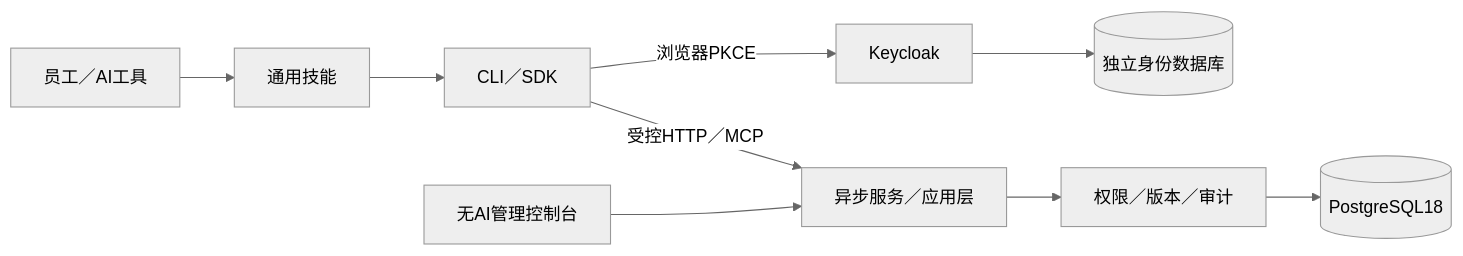
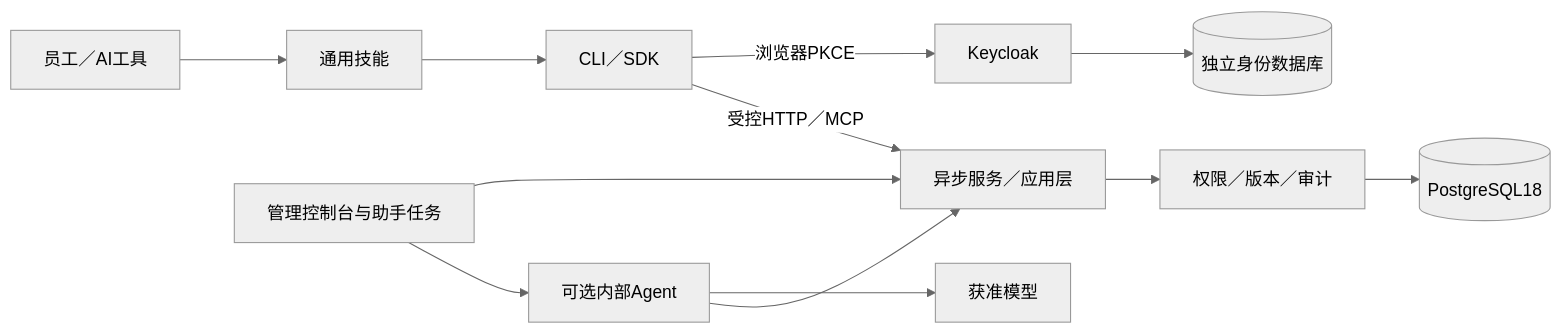
One commit to guyue55/ai-office-example changed the diagram in docs/ARCHITECTURE.md. Above: the diagram before and after it, drawn with Mermaid (neutral theme). The commit also changed other lines of this file and 72 other files, not shown here.

````diff
--- a/docs/ARCHITECTURE.md
+++ b/docs/ARCHITECTURE.md
@@ -5,11 +5,14 @@
 ```mermaid
 flowchart LR
   U[员工／AI工具] --> S[通用技能]
   S --> C[CLI／SDK]
   C -->|浏览器PKCE| K[Keycloak]
   C -->|受控HTTP／MCP| A[异步服务／应用层]
-  W[无AI管理控制台] --> A
+  W[管理控制台与助手任务] --> A
+  W --> R[可选内部Agent]
+  R --> M[获准模型]
+  R --> A
   A --> P[权限／版本／审计]
   P --> D[(PostgreSQL18)]
   K --> I[(独立身份数据库)]
 ```
````
